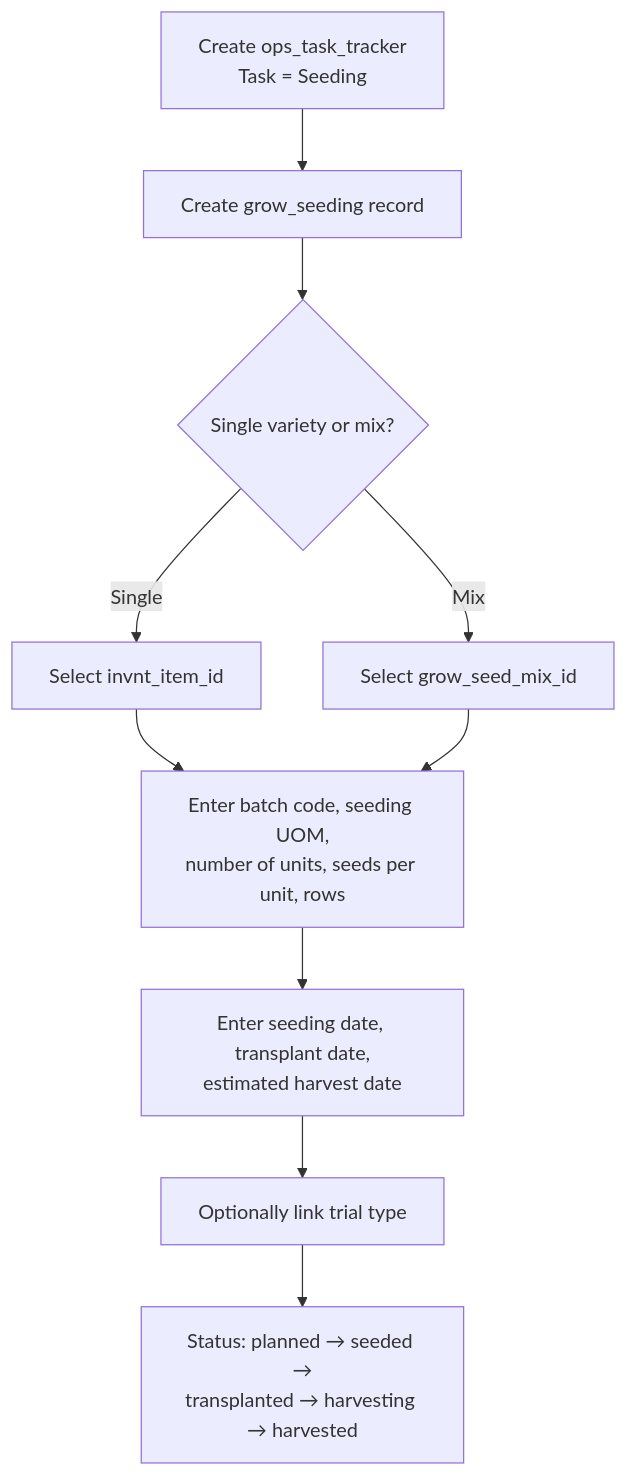
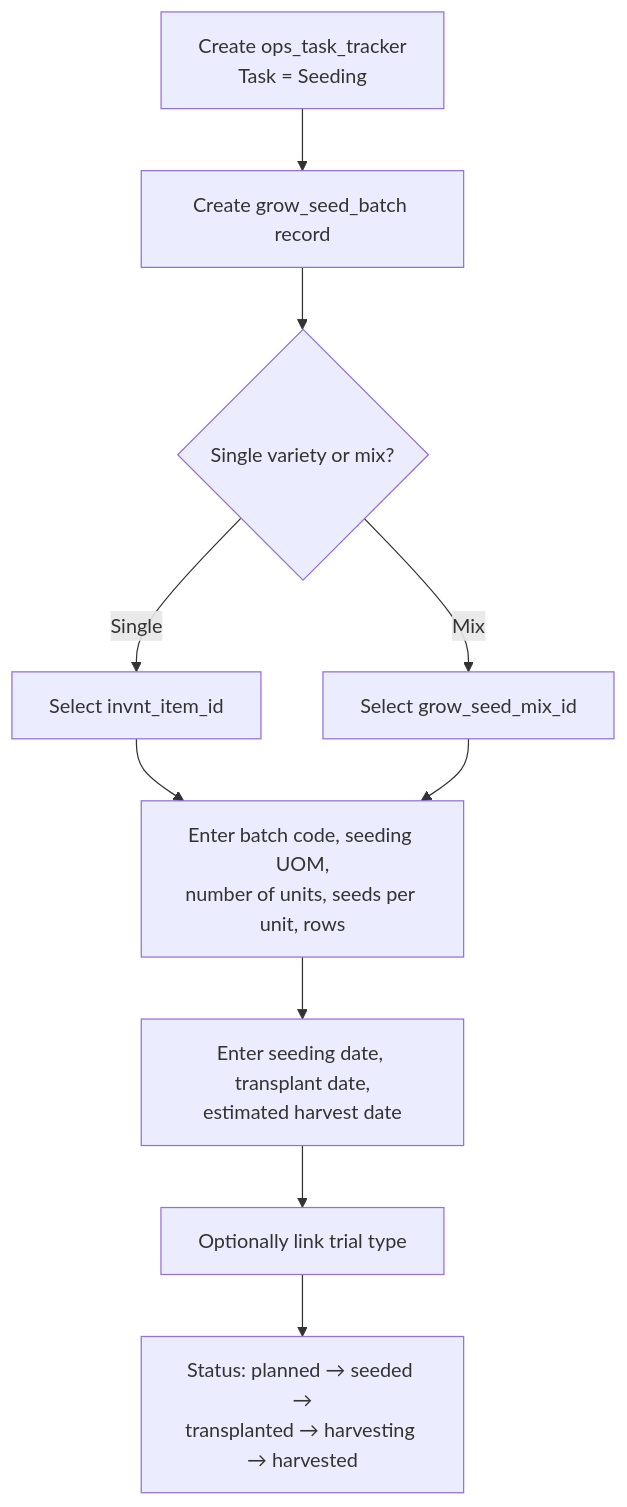
The diagram in docs/processes/20260324_03_grow_seeding_workflow.md (Hawaii-Farming/aloha-app), drawn with Mermaid before and after one commit. The commit also changed other lines of this file and 24 other files, not shown here.

First line of the commit message:
Rename grow activity tables: seeding→seed_batch, harvesting→harvest, scouting→scout, spraying→spray

````diff
--- a/docs/processes/20260324_03_grow_seeding_workflow.md
+++ b/docs/processes/20260324_03_grow_seeding_workflow.md
@@ -43,12 +43,12 @@
 ```mermaid
 flowchart TD
-    A[Create ops_task_tracker\nTask = Seeding] --> B[Create grow_seeding record]
+    A[Create ops_task_tracker\nTask = Seeding] --> B[Create grow_seed_batch record]
     B --> C{Single variety or mix?}
     C -->|Single| D[Select invnt_item_id]
     C -->|Mix| E[Select grow_seed_mix_id]
     D --> F[Enter batch code, seeding UOM,\nnumber of units, seeds per unit, rows]
     E --> F
     F --> G[Enter seeding date, transplant date,\nestimated harvest date]
     G --> H[Optionally link trial type]
     H --> I[Status: planned → seeded →\ntransplanted → harvesting → harvested]
 ```
````
